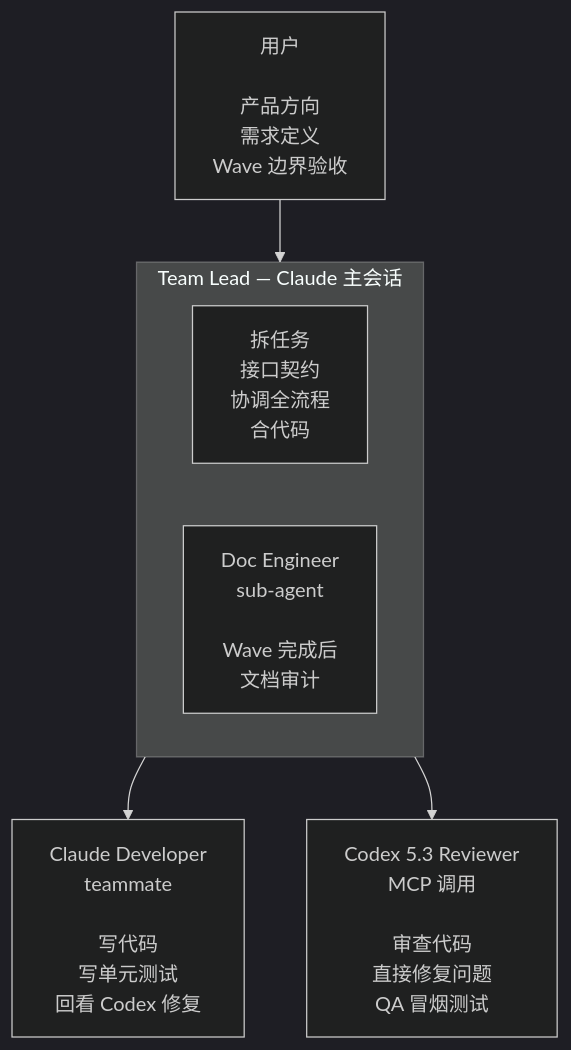
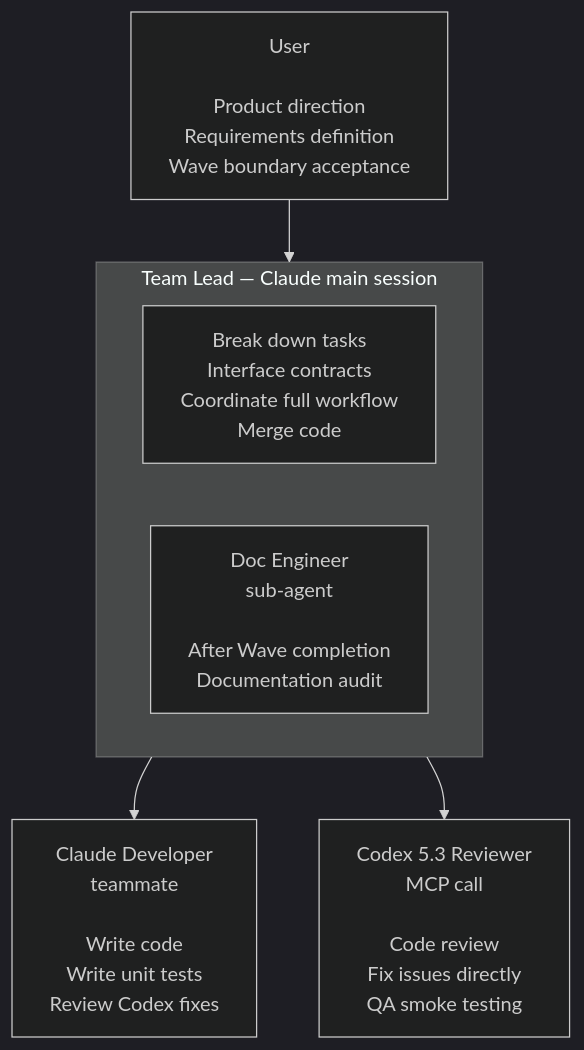
One commit to BinaryHB0916/iSparto changed the diagram in README.md. Above: the diagram before and after it, drawn with Mermaid (dark theme). The commit also changed other lines of this file and 18 other files, not shown here.

First line of the commit message:
Full English localization of all documentation and configuration

````diff
--- a/README.md
+++ b/README.md
@@ -22,18 +22,18 @@
 ```mermaid
 flowchart TB
-    User["用户<br/><br/>产品方向<br/>需求定义<br/>Wave 边界验收"]
+    User["User<br/><br/>Product direction<br/>Requirements definition<br/>Wave boundary acceptance"]
 
-    subgraph Lead["Team Lead — Claude 主会话"]
+    subgraph Lead["Team Lead — Claude main session"]
         direction LR
-        LeadTasks["拆任务<br/>接口契约<br/>协调全流程<br/>合代码"]
-        Doc["Doc Engineer<br/>sub-agent<br/><br/>Wave 完成后<br/>文档审计"]
+        LeadTasks["Break down tasks<br/>Interface contracts<br/>Coordinate full workflow<br/>Merge code"]
+        Doc["Doc Engineer<br/>sub-agent<br/><br/>After Wave completion<br/>Documentation audit"]
     end
 
-    Dev["Claude Developer<br/>teammate<br/><br/>写代码<br/>写单元测试<br/>回看 Codex 修复"]
+    Dev["Claude Developer<br/>teammate<br/><br/>Write code<br/>Write unit tests<br/>Review Codex fixes"]
 
-    Codex["Codex 5.3 Reviewer<br/>MCP 调用<br/><br/>审查代码<br/>直接修复问题<br/>QA 冒烟测试"]
+    Codex["Codex 5.3 Reviewer<br/>MCP call<br/><br/>Code review<br/>Fix issues directly<br/>QA smoke testing"]
 
     User --> Lead
     Lead --> Dev
     Lead --> Codex
 ```
````
